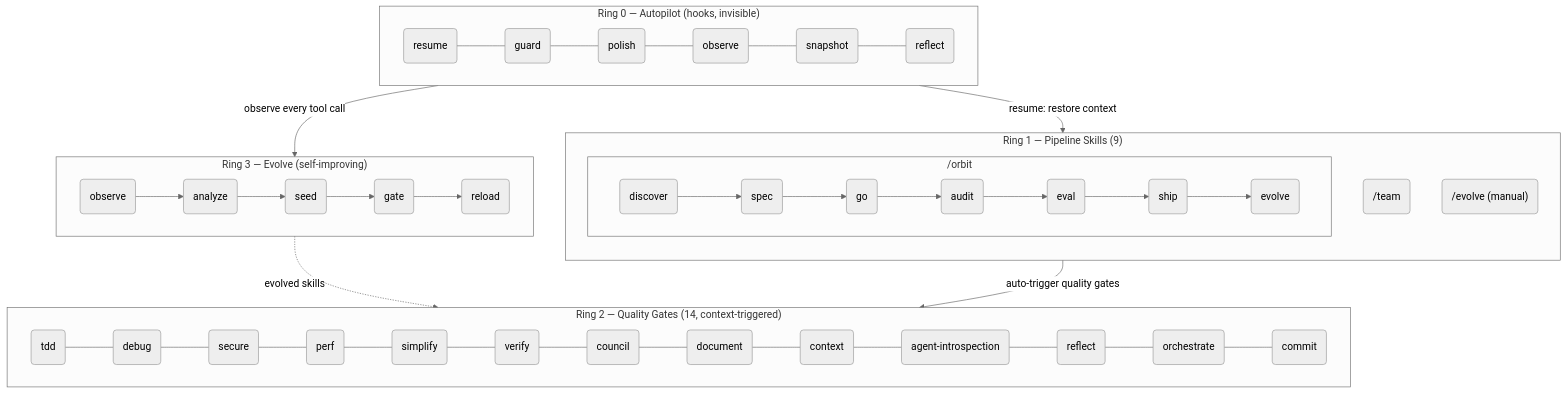
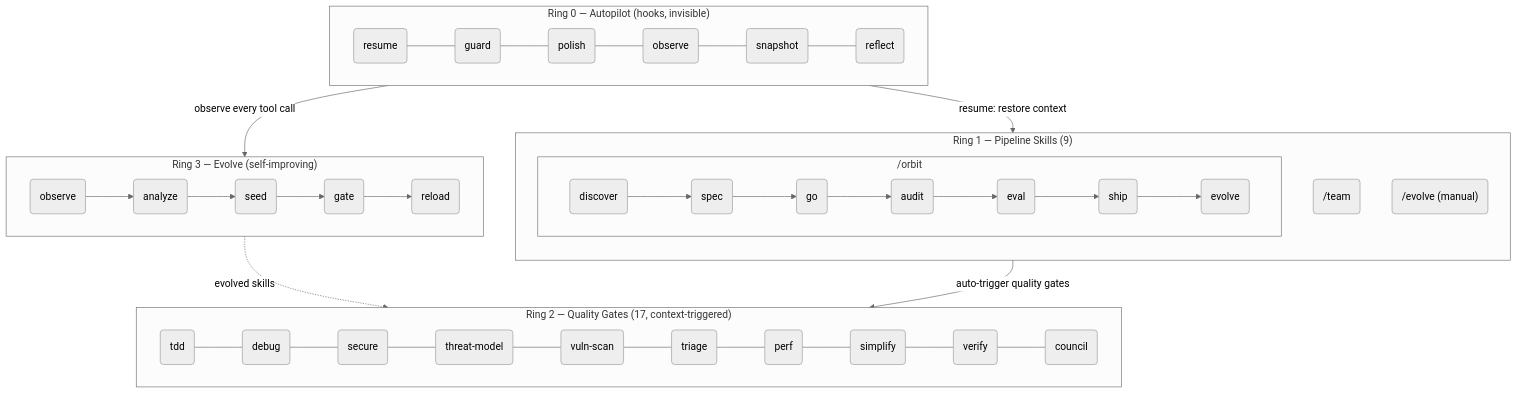
One commit to epicsagas/epic-harness changed the second of 2 diagrams in i18n/hi/README.md. Above: the diagram before and after it, drawn with Mermaid (neutral theme). The commit also changed other lines of this file and 11 other files, not shown here.

````diff
--- a/i18n/hi/README.md
+++ b/i18n/hi/README.md
@@ -432,32 +443,32 @@
 ```mermaid
 flowchart TB
     subgraph R0["Ring 0 — Autopilot (hooks, invisible)"]
         direction LR
         h1(resume) --- h2(guard) --- h3(polish) --- h4(observe) --- h5(snapshot) --- h6(reflect)
     end
 
     subgraph R1["Ring 1 — Pipeline Skills (9)"]
         direction TB
         subgraph orbit_wrap["  /orbit  "]
             direction LR
             c1("discover") --> c2("spec") --> c3("go") --> c4("audit") --> c4b("eval") --> c5("ship") --> c6("evolve")
         end
         c7("/team")
         c8("/evolve (manual)")
     end
 
-    subgraph R2["Ring 2 — Quality Gates (14, context-triggered)"]
+    subgraph R2["Ring 2 — Quality Gates (17, context-triggered)"]
         direction LR
-        s1(tdd) --- s2(debug) --- s3(secure) --- s4(perf) --- s5(simplify) --- s6(verify) --- s7(council) --- s8(document) --- s9(context) --- s10(agent-introspection) --- s11(reflect) --- s12(orchestrate) --- s13(commit)
+        s1(tdd) --- s2(debug) --- s3(secure) --- s3b(threat-model) --- s3c(vuln-scan) --- s3d(triage) --- s4(perf) --- s5(simplify) --- s6(verify) --- s7(council)
     end
 
     subgraph R3["Ring 3 — Evolve (self-improving)"]
         direction LR
         e1(observe) --> e2(analyze) --> e3(seed) --> e4(gate) --> e5(reload)
     end
 
     R0 -->|"observe every tool call"| R3
     R3 -.->|"evolved skills"| R2
     R1 -->|"auto-trigger quality gates"| R2
     R0 -->|"resume: restore context"| R1
 ```
````
